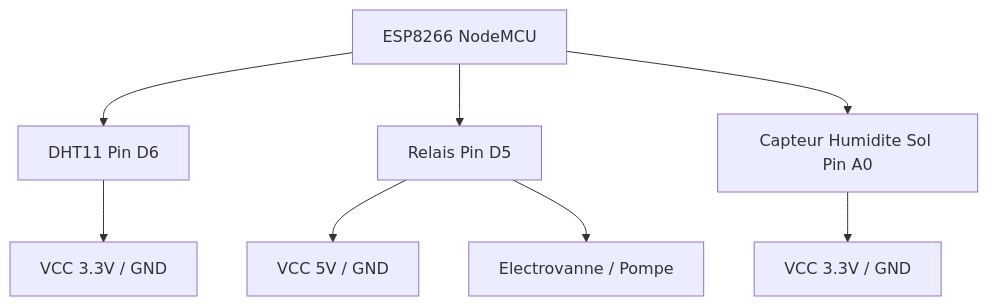
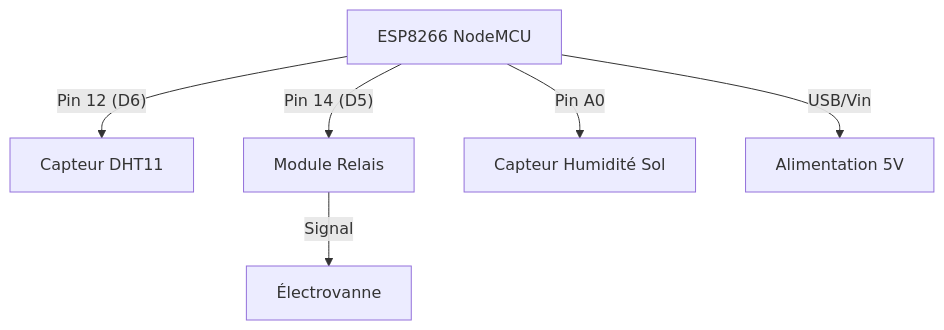
Before and after one commit to leadertgn/agrisense-partie-iot: the diagram in CIRCUIT_DOCUMENTATION.md, drawn with Mermaid. The commit also changed other lines of this file, not shown here.

````diff
--- a/CIRCUIT_DOCUMENTATION.md
+++ b/CIRCUIT_DOCUMENTATION.md
@@ -39,10 +40,9 @@
 ```mermaid
 flowchart TD
-    A1[ESP8266 NodeMCU] --> B1[DHT11 Pin D6]
-    A1 --> B2[Relais Pin D5]
-    A1 --> B3[Capteur Humidite Sol Pin A0]
-    B1 --> C1[VCC 3.3V / GND]
-    B2 --> C2[VCC 5V / GND]
-    B3 --> C3[VCC 3.3V / GND]
-    B2 --> D1[Electrovanne / Pompe]
+  A1[ESP8266 NodeMCU]
+  A1 -- "Pin 12 (D6)" --> B1[Capteur DHT11]
+  A1 -- "Pin 14 (D5)" --> B2[Module Relais]
+  A1 -- "Pin A0" --> B3[Capteur Humidité Sol]
+  B2 -- "Signal" --> C1[Électrovanne]
+  A1 -- "USB/Vin" --> D1[Alimentation 5V]
 ```
````
